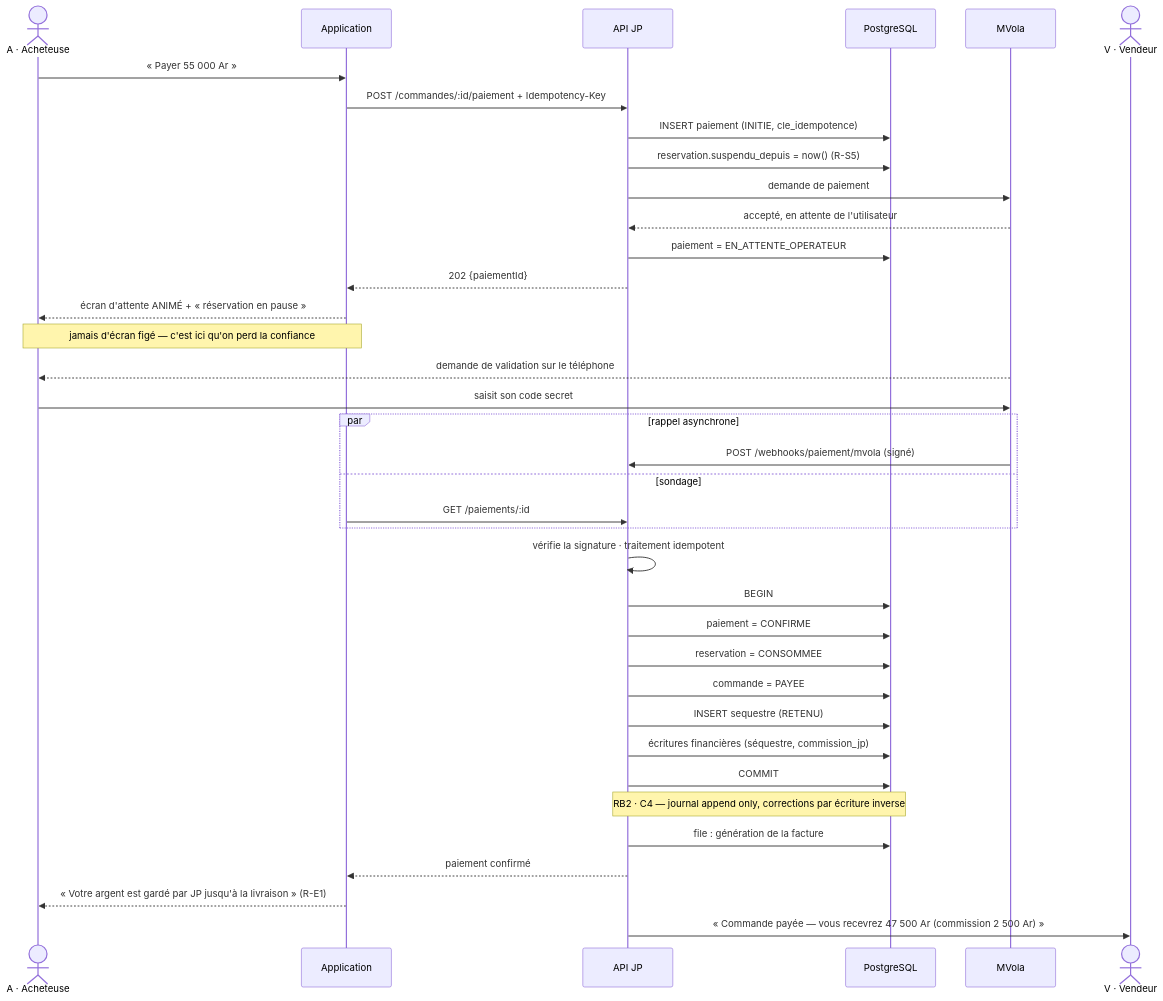
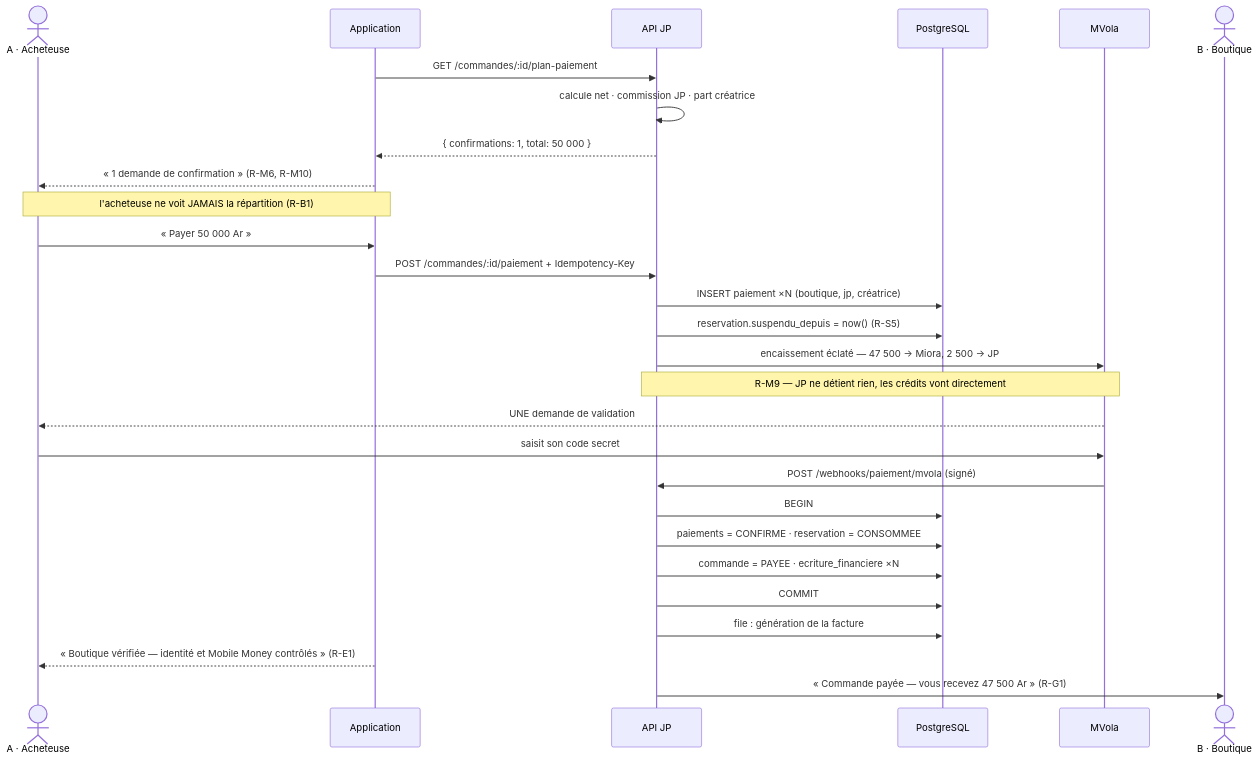
One commit to andokevin/jp changed diagram 11 of 26 in docs/JP_CAS_UTILISATION.md. Above: the diagram before and after it, drawn with Mermaid. The commit also changed other lines of this file and 58 other files, not shown here.

````diff
--- a/docs/JP_CAS_UTILISATION.md
+++ b/docs/JP_CAS_UTILISATION.md
@@ -878,44 +832,35 @@
 ```mermaid
 sequenceDiagram
     actor A as A · Acheteuse
     participant APP as Application
     participant API as API JP
     participant DB as PostgreSQL
     participant PSP as MVola
-    actor V as V · Vendeur
+    actor B as B · Boutique
 
-    A->>APP: « Payer 55 000 Ar »
+    APP->>API: GET /commandes/:id/plan-paiement
+    API->>API: calcule net · commission JP · part créatrice
+    API-->>APP: { confirmations: 1, total: 50 000 }
+    APP-->>A: « 1 demande de confirmation » (R-M6, R-M10)
+    Note over APP,A: l'acheteuse ne voit JAMAIS la répartition (R-B1)
+
+    A->>APP: « Payer 50 000 Ar »
     APP->>API: POST /commandes/:id/paiement + Idempotency-Key
-    API->>DB: INSERT paiement (INITIE, cle_idempotence)
+    API->>DB: INSERT paiement ×N (boutique, jp, créatrice)
     API->>DB: reservation.suspendu_depuis = now() (R-S5)
-    API->>PSP: demande de paiement
-    PSP-->>API: accepté, en attente de l'utilisateur
-    API->>DB: paiement = EN_ATTENTE_OPERATEUR
-    API-->>APP: 202 {paiementId}
-    APP-->>A: écran d'attente ANIMÉ + « réservation en pause »
-    Note over APP,A: jamais d'écran figé — c'est ici qu'on perd la confiance
+    API->>PSP: encaissement éclaté — 47 500 → Miora, 2 500 → JP
+    Note over API,PSP: R-M9 — JP ne détient rien, les crédits vont directement
 
-    PSP-->>A: demande de validation sur le téléphone
+    PSP-->>A: UNE demande de validation
     A->>PSP: saisit son code secret
+    PSP->>API: POST /webhooks/paiement/mvola (signé)
 
-    par rappel asynchrone
-        PSP->>API: POST /webhooks/paiement/mvola (signé)
-    and sondage
-        APP->>API: GET /paiements/:id
-    end
-
-    API->>API: vérifie la signature · traitement idempotent
     API->>DB: BEGIN
-    API->>DB: paiement = CONFIRME
-    API->>DB: reservation = CONSOMMEE
-    API->>DB: commande = PAYEE
-    API->>DB: INSERT sequestre (RETENU)
-    API->>DB: écritures financières (séquestre, commission_jp)
+    API->>DB: paiements = CONFIRME · reservation = CONSOMMEE
+    API->>DB: commande = PAYEE · ecriture_financiere ×N
     API->>DB: COMMIT
-    Note over API,DB: RB2 · C4 — journal append only, corrections par écriture inverse
 
     API->>DB: file : génération de la facture
-    API-->>APP: paiement confirmé
-    APP-->>A: « Votre argent est gardé par JP jusqu'à la livraison » (R-E1)
-    API->>V: « Commande payée — vous recevrez 47 500 Ar (commission 2 500 Ar) »
+    APP-->>A: « Boutique vérifiée — identité et Mobile Money contrôlés » (R-E1)
+    API->>B: « Commande payée — vous recevez 47 500 Ar » (R-G1)
 ```
````
